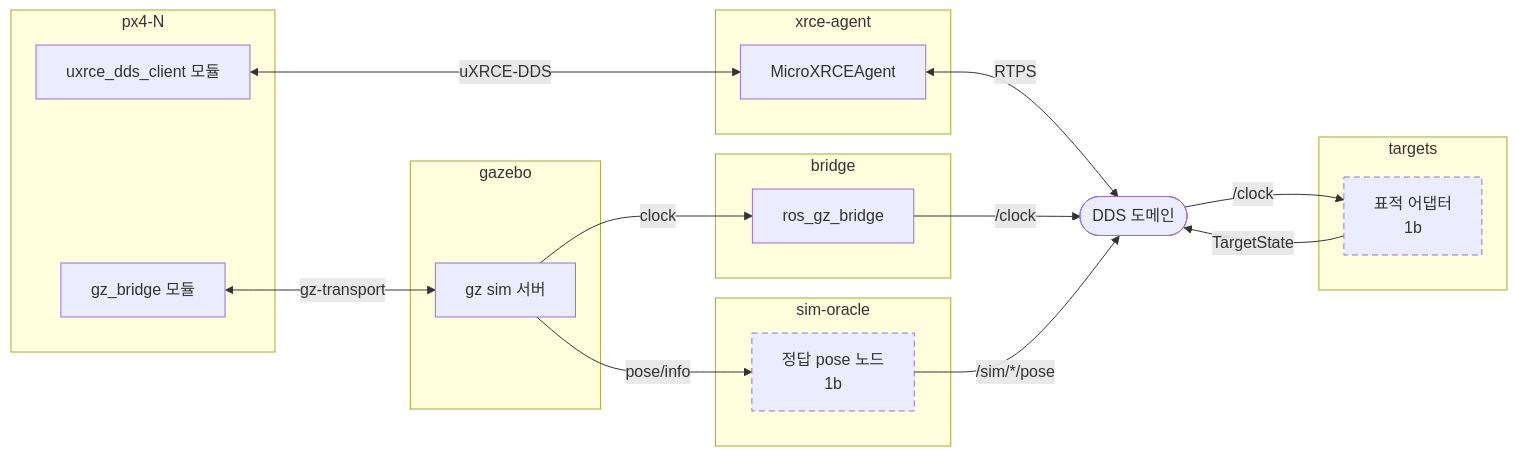
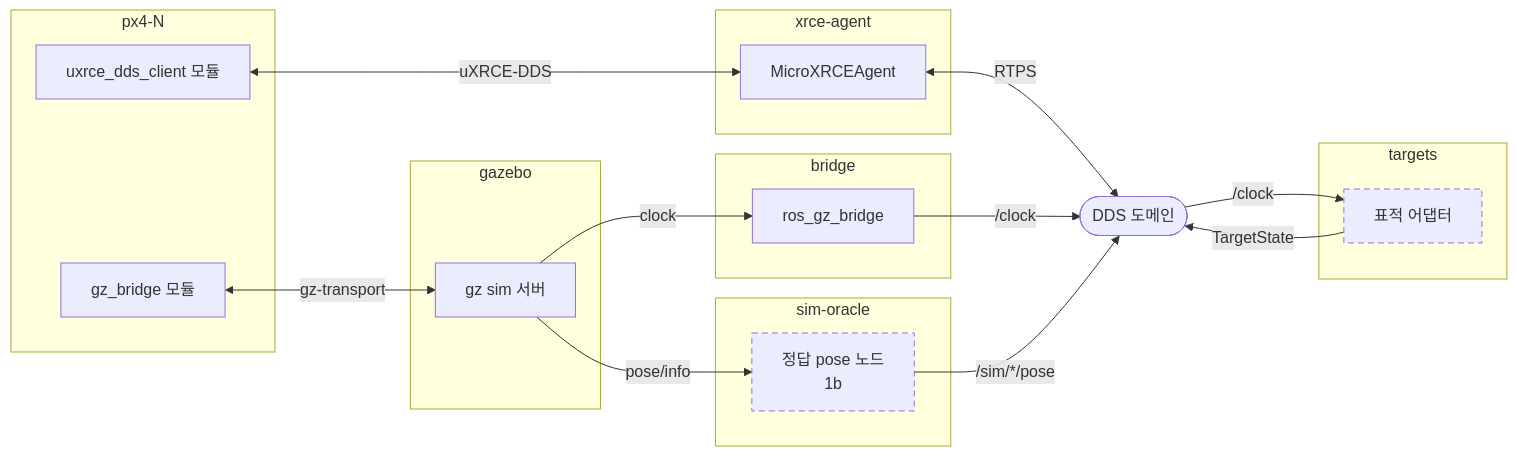
The fourth of 8 diagrams in docs/architecture.md (danielhongwoo/idsim), drawn with Mermaid before and after one commit. The commit also changed other lines of this file and 2 other files, not shown here.

First line of the commit message:
1b 계획과 architecture: B6 표적 궤적 상한, Actor 표현, targets 서비스 문장을 구현에 맞춘다

````diff
--- a/docs/architecture.md
+++ b/docs/architecture.md
@@ -240,36 +240,36 @@
 ```mermaid
 flowchart LR
   subgraph PXC["px4-N"]
     UX["uxrce_dds_client 모듈"]
     GB["gz_bridge 모듈"]
   end
   subgraph AGC["xrce-agent"]
     AGP["MicroXRCEAgent"]
   end
   subgraph GZC["gazebo"]
     GZP["gz sim 서버"]
   end
   subgraph BRC["bridge"]
     BRP["ros_gz_bridge"]
   end
   subgraph TGC["targets"]
-    TA["표적 어댑터<br/>1b"]
+    TA["표적 어댑터"]
   end
   subgraph ORC["sim-oracle"]
     ORP["정답 pose 노드<br/>1b"]
   end
   DDS1(["DDS 도메인"])
 
   UX <-->|"uXRCE-DDS"| AGP
   GB <-->|"gz-transport"| GZP
   AGP <-->|"RTPS"| DDS1
   GZP -->|"clock"| BRP
   GZP -->|"pose/info"| ORP
   BRP -->|"/clock"| DDS1
   DDS1 -->|"/clock"| TA
   TA -->|"TargetState"| DDS1
   ORP -->|"/sim/*/pose"| DDS1
 
   classDef later stroke-dasharray: 6 4
   class TA,ORP later
 ```
````
